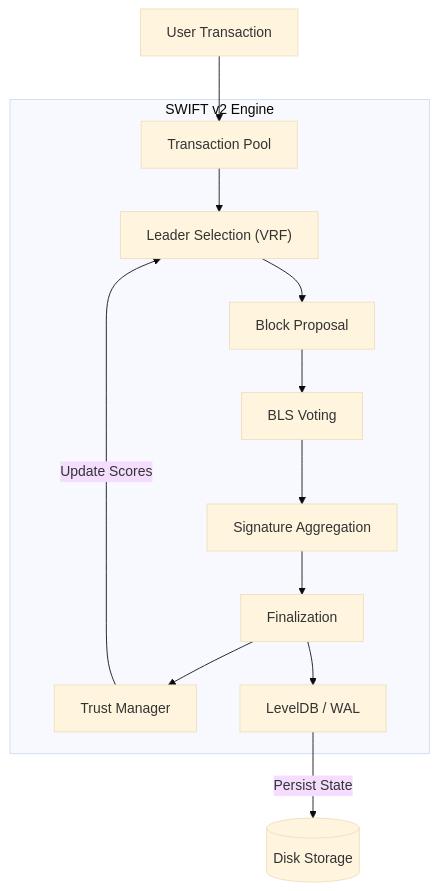
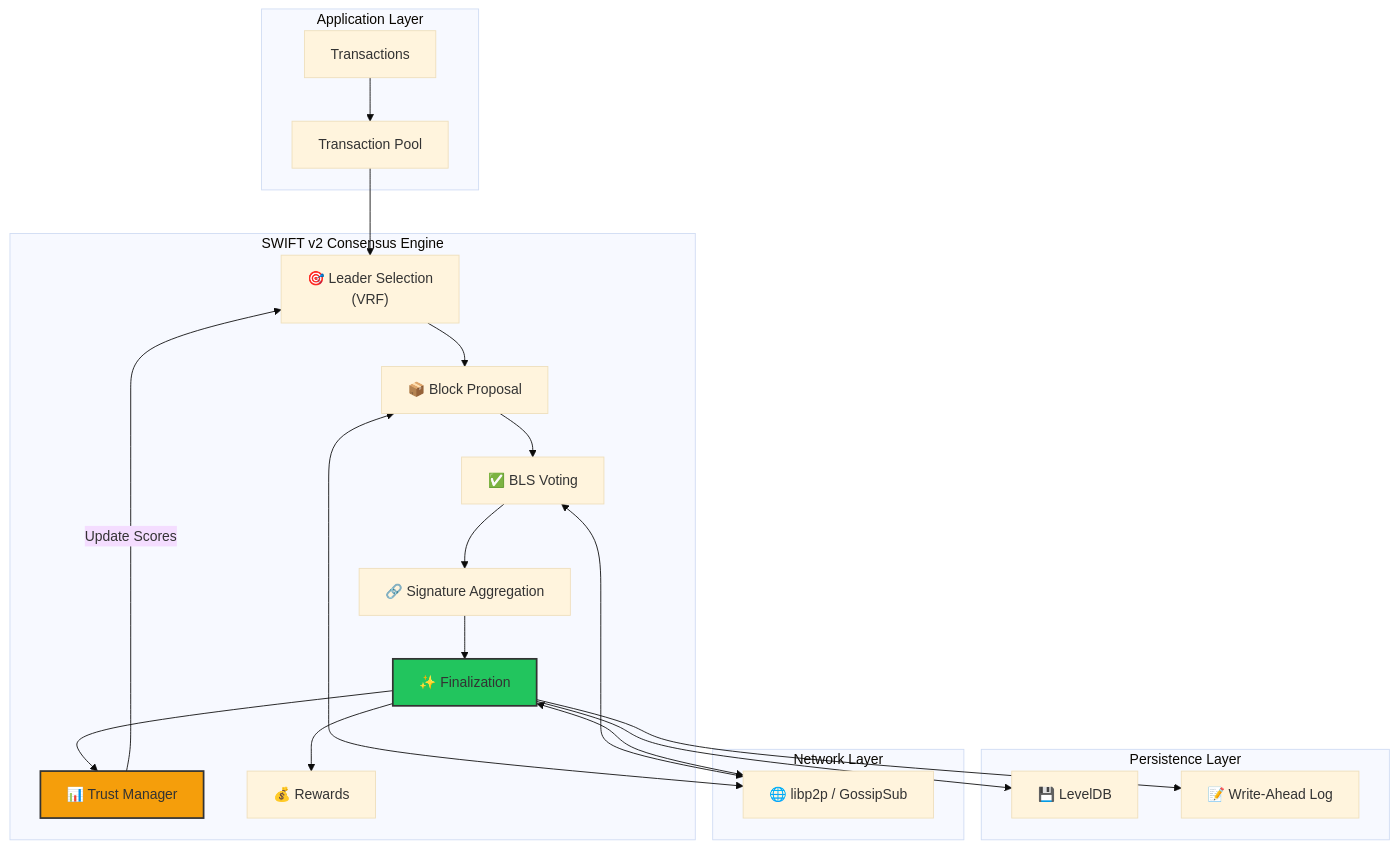
Before and after one commit to swift-consensus/swift-v2: the third of 9 diagrams in README.md, drawn with Mermaid (base theme). The commit also changed other lines of this file and 1 other file, not shown here.

````diff
--- a/README.md
+++ b/README.md
@@ -28,18 +98,34 @@
 ```mermaid
-graph TD
-    User[User Transaction] --> Mempool[Transaction Pool]
-    
-    subgraph "SWIFT v2 Engine"
-        Mempool --> Proposer["Leader Selection (VRF)"]
-        Proposer --> Block[Block Proposal]
-        Block --> Vote[BLS Voting]
-        Vote --> Agg[Signature Aggregation]
-        Agg --> Final[Finalization]
-        
-        Final --> Trust[Trust Manager]
-        Final --> Store["LevelDB / WAL"]
+graph TB
+    subgraph "Application Layer"
+        TX[Transactions] --> Pool[Transaction Pool]
     end
-    
-    Trust -->|Update Scores| Proposer
-    Store -->|Persist State| Disk[("Disk Storage")]
+
+    subgraph "SWIFT v2 Consensus Engine"
+        Pool --> Leader["🎯 Leader Selection<br/>(VRF)"]
+        Leader --> Propose["📦 Block Proposal"]
+        Propose --> Vote["✅ BLS Voting"]
+        Vote --> Agg["🔗 Signature Aggregation"]
+        Agg --> Final["✨ Finalization"]
+
+        Final --> Trust["📊 Trust Manager"]
+        Final --> Reward["💰 Rewards"]
+        Trust -->|"Update Scores"| Leader
+    end
+
+    subgraph "Persistence Layer"
+        Final --> Store["💾 LevelDB"]
+        Final --> WAL["📝 Write-Ahead Log"]
+    end
+
+    subgraph "Network Layer"
+        P2P["🌐 libp2p / GossipSub"]
+    end
+
+    Propose <--> P2P
+    Vote <--> P2P
+    Final <--> P2P
+
+    style Final fill:#22c55e,stroke:#333,stroke-width:2px
+    style Trust fill:#f59e0b,stroke:#333,stroke-width:2px
 ```
````
